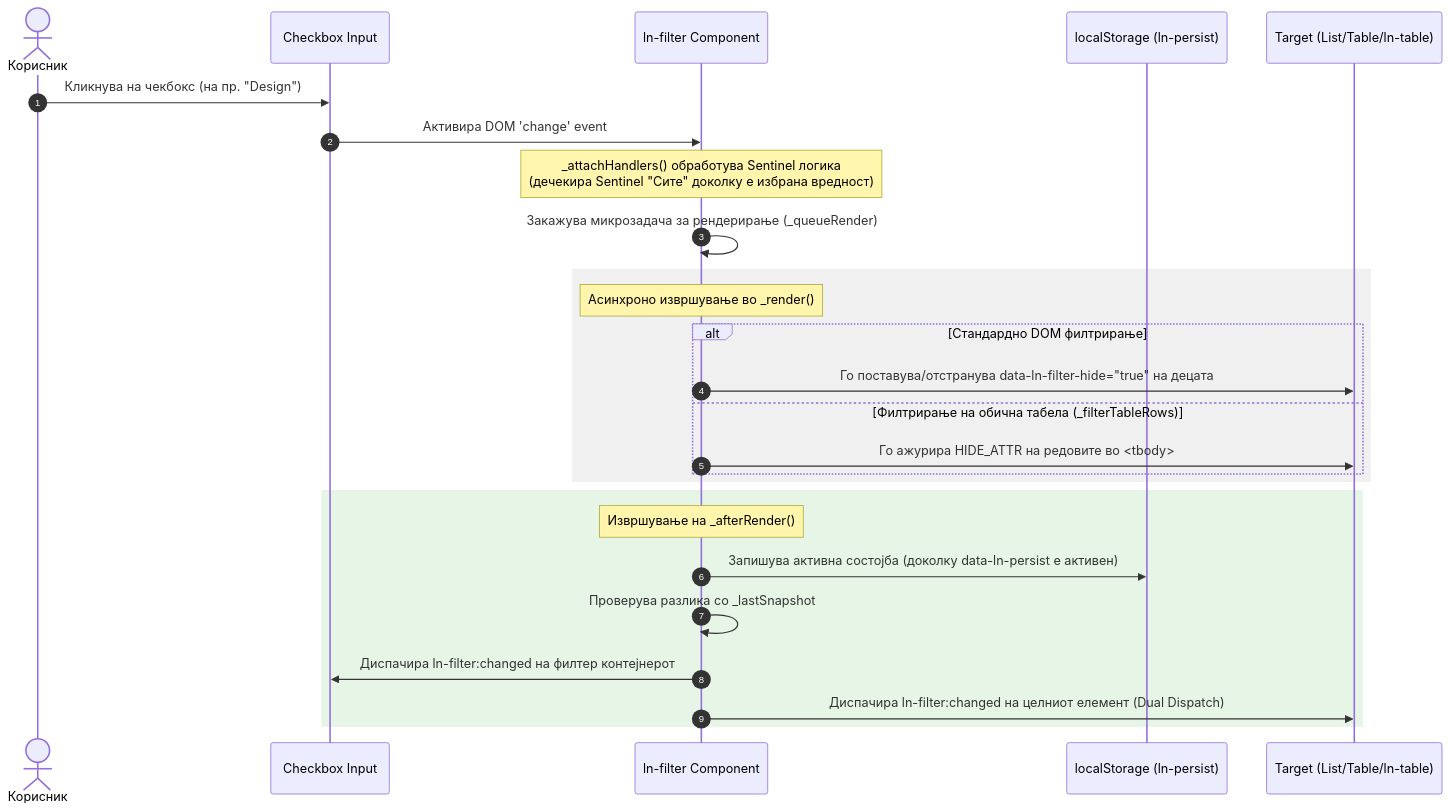
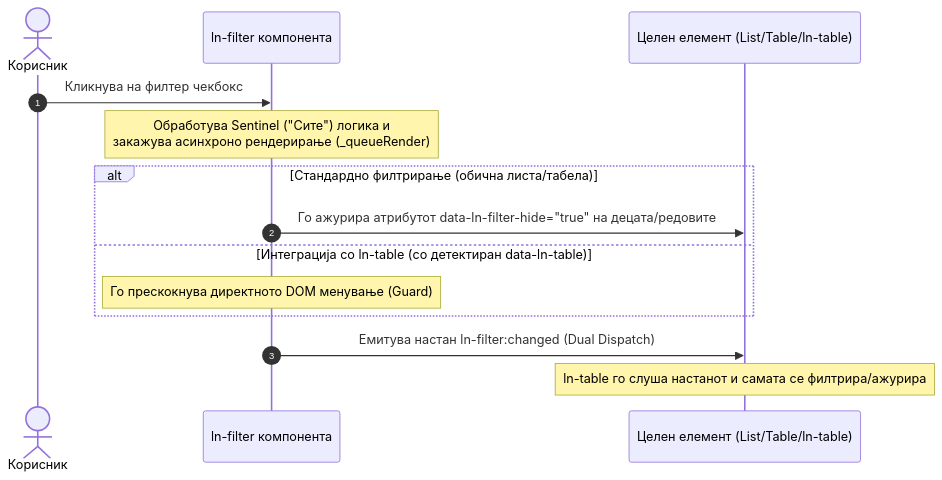
One commit to livenetworks/ln-ashlar changed the diagram in architecture_docs_draft/components/ln-filter.md. Above: the diagram before and after it, drawn with Mermaid. The commit also changed 2 other files, not shown here.

Commit message:
docs: add mcp docs, simplify sequence diagram, and document ln-table guards for ln-filter

````diff
--- a/architecture_docs_draft/components/ln-filter.md
+++ b/architecture_docs_draft/components/ln-filter.md
@@ -250,31 +250,19 @@
 ```mermaid
 sequenceDiagram
     autonumber
     actor User as Корисник
-    participant Input as Checkbox Input
-    participant Filter as ln-filter Component
-    participant Storage as localStorage (ln-persist)
-    participant Target as Target (List/Table/ln-table)
+    participant Filter as ln-filter компонента
+    participant Target as Целен елемент (List/Table/ln-table)
 
-    User->>Input: Кликнува на чекбокс (на пр. "Design")
-    Input->>Filter: Активира DOM 'change' event
-    Note over Filter: _attachHandlers() обработува Sentinel логика<br/>(дечекира Sentinel "Сите" доколку е избрана вредност)
-    Filter->>Filter: Закажува микрозадача за рендерирање (_queueRender)
+    User->>Filter: Кликнува на филтер чекбокс
+    Note over Filter: Обработува Sentinel ("Сите") логика и<br/>закажува асинхроно рендерирање (_queueRender)
     
-    rect rgb(240, 240, 240)
-        Note over Filter: Асинхроно извршување во _render()
-        alt Стандардно DOM филтрирање
-            Filter->>Target: Го поставува/отстранува data-ln-filter-hide="true" на децата
-        else Филтрирање на обична табела (_filterTableRows)
-            Filter->>Target: Го ажурира HIDE_ATTR на редовите во <tbody>
-        end
+    alt Стандардно филтрирање (обична листа/табела)
+        Filter->>Target: Го ажурира атрибутот data-ln-filter-hide="true" на децата/редовите
+    else Интеграција со ln-table (со детектиран data-ln-table)
+        Note over Filter: Го прескокнува директното DOM менување (Guard)
     end
 
-    rect rgb(230, 245, 230)
-        Note over Filter: Извршување на _afterRender()
-        Filter->>Storage: Запишува активна состојба (доколку data-ln-persist е активен)
-        Filter->>Filter: Проверува разлика со _lastSnapshot
-        Filter->>Input: Диспачира ln-filter:changed на филтер контејнерот
-        Filter->>Target: Диспачира ln-filter:changed на целниот елемент (Dual Dispatch)
-    end
+    Filter->>Target: Емитува настан ln-filter:changed (Dual Dispatch)
+    Note over Target: ln-table го слуша настанот и самата се филтрира/ажурира
 ```
````
